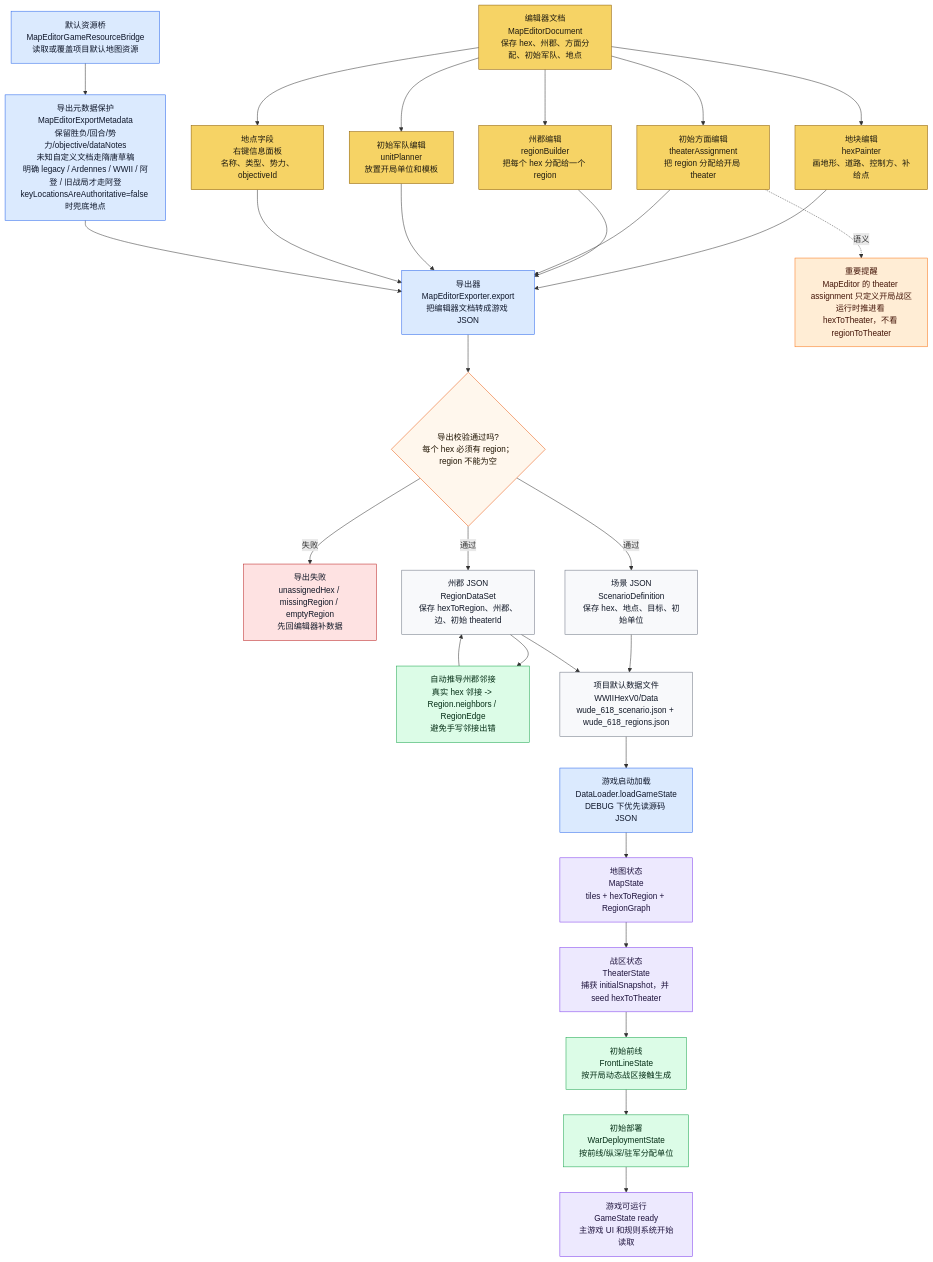
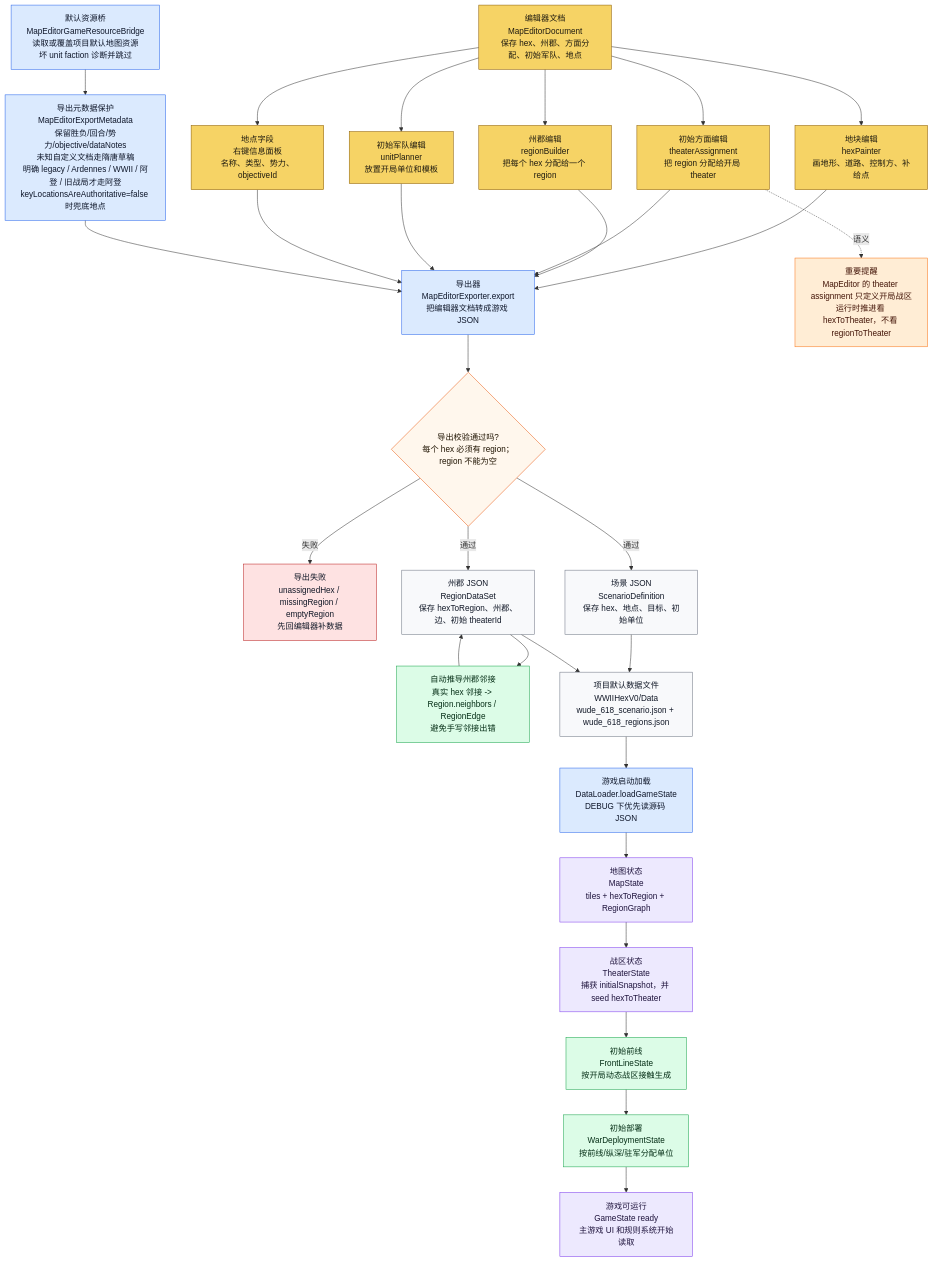
One commit to Altman-sam114/124 changed the seventh of 10 diagrams in md/flow/flowchart.md. Above: the diagram before and after it, drawn with Mermaid. The commit also changed other lines of this file and 17 other files, not shown here.

````diff
--- a/md/flow/flowchart.md
+++ b/md/flow/flowchart.md
@@ -546,51 +552,51 @@
 ```mermaid
 flowchart TD
     DOC["编辑器文档<br/>MapEditorDocument<br/>保存 hex、州郡、方面分配、初始军队、地点"]:::editor
     MODE1["地块编辑<br/>hexPainter<br/>画地形、道路、控制方、补给点"]:::editor
     MODE2["州郡编辑<br/>regionBuilder<br/>把每个 hex 分配给一个 region"]:::editor
     MODE3["初始方面编辑<br/>theaterAssignment<br/>把 region 分配给开局 theater"]:::editor
     MODE4["初始军队编辑<br/>unitPlanner<br/>放置开局单位和模板"]:::editor
     MODE5["地点字段<br/>右键信息面板<br/>名称、类型、势力、objectiveId"]:::editor
     EXPORT["导出器<br/>MapEditorExporter.export<br/>把编辑器文档转成游戏 JSON"]:::loader
     CHECK{"导出校验通过吗?<br/>每个 hex 必须有 region；region 不能为空"}:::decision
     ERR["导出失败<br/>unassignedHex / missingRegion / emptyRegion<br/>先回编辑器补数据"]:::stop
     SCEN["场景 JSON<br/>ScenarioDefinition<br/>保存 hex、地点、目标、初始单位"]:::data
     REG["州郡 JSON<br/>RegionDataSet<br/>保存 hexToRegion、州郡、边、初始 theaterId"]:::data
     NEI["自动推导州郡邻接<br/>真实 hex 邻接 -> Region.neighbors / RegionEdge<br/>避免手写邻接出错"]:::derived
-    BRIDGE["默认资源桥<br/>MapEditorGameResourceBridge<br/>读取或覆盖项目默认地图资源"]:::loader
+    BRIDGE["默认资源桥<br/>MapEditorGameResourceBridge<br/>读取或覆盖项目默认地图资源<br/>坏 unit faction 诊断并跳过"]:::loader
     META["导出元数据保护<br/>MapEditorExportMetadata<br/>保留胜负/回合/势力/objective/dataNotes<br/>未知自定义文档走隋唐草稿<br/>明确 legacy / Ardennes / WWII / 阿登 / 旧战局才走阿登<br/>keyLocationsAreAuthoritative=false 时兜底地点"]:::loader
     FILES["项目默认数据文件<br/>WWIIHexV0/Data<br/>wude_618_scenario.json + wude_618_regions.json"]:::data
     LOAD["游戏启动加载<br/>DataLoader.loadGameState<br/>DEBUG 下优先读源码 JSON"]:::loader
     MAP["地图状态<br/>MapState<br/>tiles + hexToRegion + RegionGraph"]:::state
     THEATER["战区状态<br/>TheaterState<br/>捕获 initialSnapshot，并 seed hexToTheater"]:::state
     FRONT["初始前线<br/>FrontLineState<br/>按开局动态战区接触生成"]:::derived
     DEPLOY["初始部署<br/>WarDeploymentState<br/>按前线/纵深/驻军分配单位"]:::derived
     GAME["游戏可运行<br/>GameState ready<br/>主游戏 UI 和规则系统开始读取"]:::state
 
     DOC --> MODE1 --> EXPORT
     DOC --> MODE2 --> EXPORT
     DOC --> MODE3 --> EXPORT
     DOC --> MODE4 --> EXPORT
     DOC --> MODE5 --> EXPORT
     BRIDGE --> META --> EXPORT
     EXPORT --> CHECK
     CHECK -->|失败| ERR
     CHECK -->|通过| SCEN
     CHECK -->|通过| REG
     REG --> NEI --> REG
     SCEN --> FILES
     REG --> FILES
     FILES --> LOAD --> MAP --> THEATER --> FRONT --> DEPLOY --> GAME
 
     NOTE["重要提醒<br/>MapEditor 的 theater assignment 只定义开局战区<br/>运行时推进看 hexToTheater，不看 regionToTheater"]:::warn
     MODE3 -.语义.-> NOTE
 
     classDef editor fill:#f6d365,stroke:#8a5a00,color:#1f1b10
     classDef loader fill:#dbeafe,stroke:#2563eb,color:#0f172a
     classDef decision fill:#fff7ed,stroke:#ea580c,color:#1f1300
     classDef stop fill:#fee2e2,stroke:#b91c1c,color:#111827
     classDef data fill:#f8f9fb,stroke:#6b7280,color:#111827
     classDef derived fill:#dcfce7,stroke:#16a34a,color:#052e16
     classDef state fill:#ede9fe,stroke:#7c3aed,color:#1f143d
     classDef warn fill:#ffedd5,stroke:#f97316,color:#431407
 ```
````
